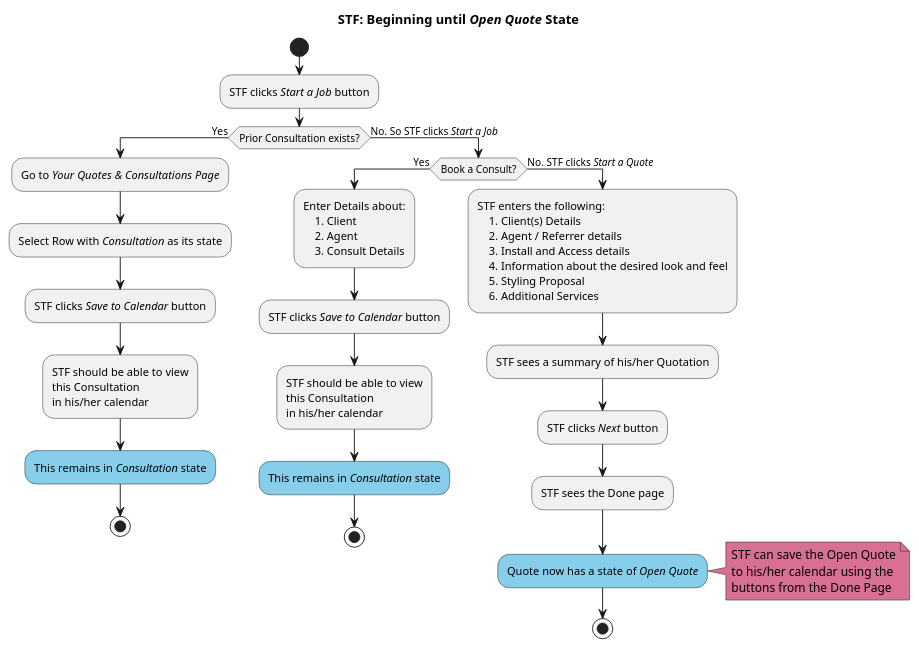
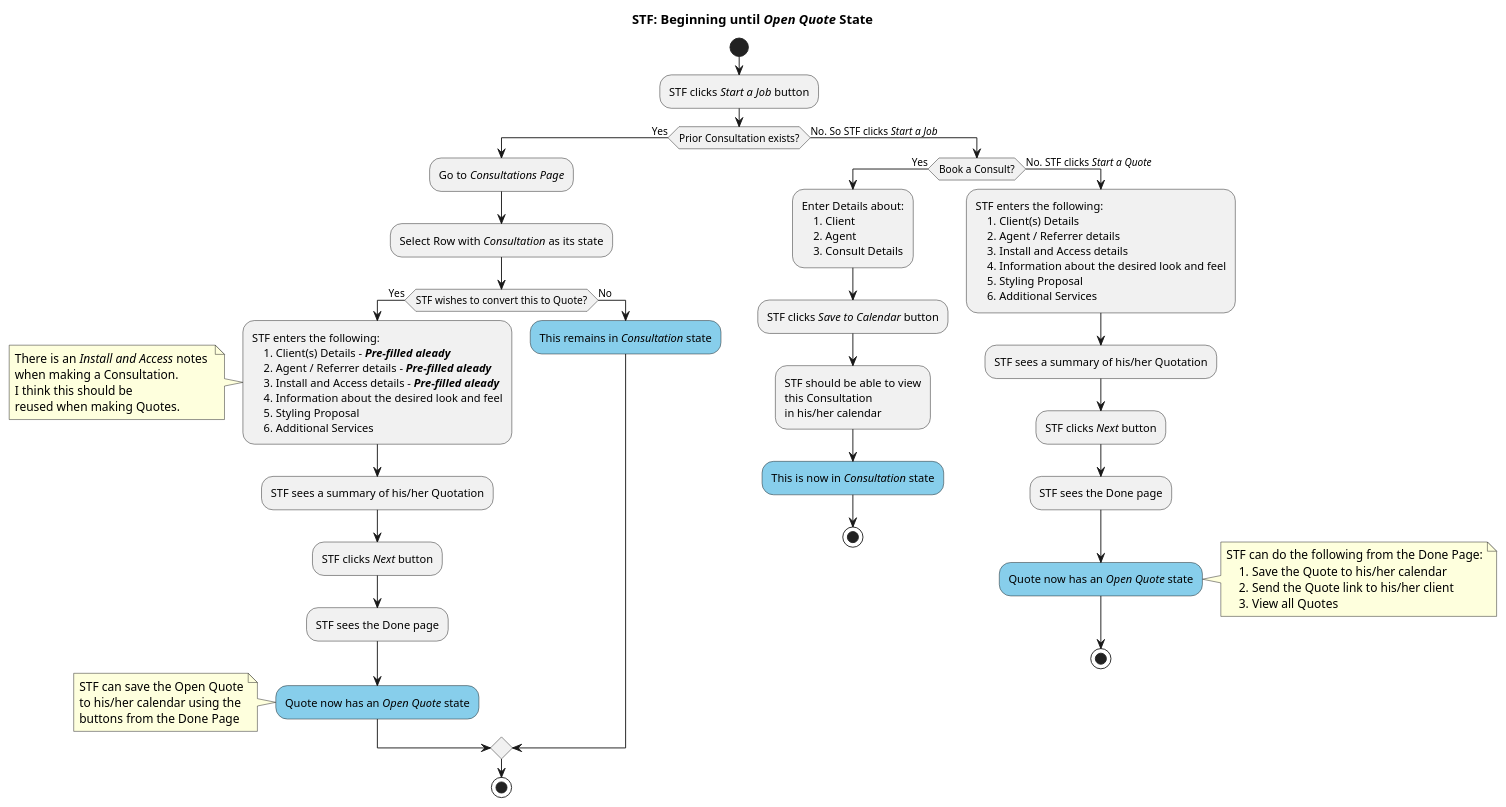
The diagram in STF/STF_BeginningUntilOpenQuoteState.pu (jpgacrama/NovariSpecs), drawn with PlantUML before and after one commit.

Commit message:
master: Beginning to Open Quote state is now updated

```diff
--- a/STF/STF_BeginningUntilOpenQuoteState.pu
+++ b/STF/STF_BeginningUntilOpenQuoteState.pu
@@ -1,53 +1,77 @@
 @startuml
     title STF: Beginning until //Open Quote// State
     start
     :STF clicks //Start a Job// button;
 
     if (Prior Consultation exists?) then (Yes)
-        :Go to //Your Quotes & Consultations Page//;
+        :Go to //Consultations Page//;
         :Select Row with //Consultation// as its state;
-        :STF clicks //Save to Calendar// button;
-        :STF should be able to view
-        this Consultation
-        in his/her calendar;
-        #SkyBlue:This remains in //Consultation// state;
+        if (STF wishes to convert this to Quote?) then (Yes)
+            :STF enters the following:
+                1. Client(s) Details - **//Pre-filled aleady//**
+                2. Agent / Referrer details - **//Pre-filled aleady//**
+                3. Install and Access details - **//Pre-filled aleady//**
+                4. Information about the desired look and feel
+                5. Styling Proposal
+                6. Additional Services;
+
+            note left
+                There is an //Install and Access// notes 
+                when making a Consultation.
+                I think this should be
+                reused when making Quotes.
+            end note
+
+            :STF sees a summary of his/her Quotation;
+            :STF clicks //Next// button;
+            :STF sees the Done page;
+            #SkyBlue:Quote now has an //Open Quote// state;
+
+            note left
+                STF can save the Open Quote
+                to his/her calendar using the
+                buttons from the Done Page
+            end note
+        else (No)
+            #SkyBlue:This remains in //Consultation// state;
+        endif
         stop
     else (No. So STF clicks //Start a Job//)
         if (Book a Consult?) then (Yes)
             :Enter Details about:
                 1. Client
                 2. Agent
                 3. Consult Details;
 
             :STF clicks //Save to Calendar// button;
 
             :STF should be able to view
             this Consultation
             in his/her calendar;
-            #SkyBlue:This remains in //Consultation// state;
+            #SkyBlue:This is now in //Consultation// state;
             stop
 
         else (No. STF clicks //Start a Quote//)
             :STF enters the following:
                 1. Client(s) Details
                 2. Agent / Referrer details
                 3. Install and Access details
                 4. Information about the desired look and feel
                 5. Styling Proposal
                 6. Additional Services;
 
             :STF sees a summary of his/her Quotation;
             :STF clicks //Next// button;
             :STF sees the Done page;
-            #SkyBlue:Quote now has a state of //Open Quote//;
+            #SkyBlue:Quote now has an //Open Quote// state;
 
-            note right #PaleVioletRed
-                STF can save the Open Quote
-                to his/her calendar using the
-                buttons from the Done Page
+            note right
+                STF can do the following from the Done Page:
+                    1. Save the Quote to his/her calendar
+                    2. Send the Quote link to his/her client
+                    3. View all Quotes
             end note
-
             stop
         endif
     endif
 @enduml
```
